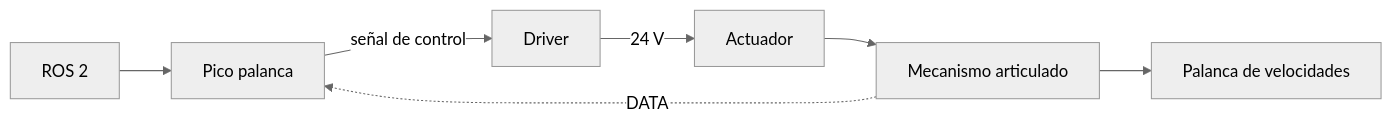
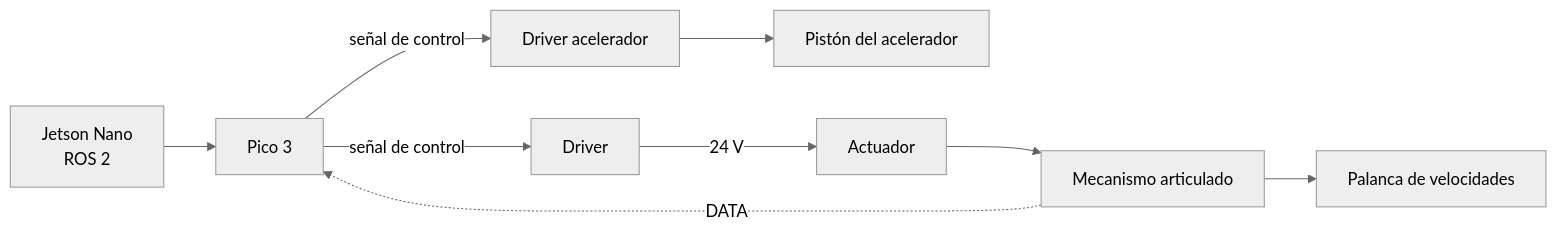
One commit to BrianSimpson01/Agrotecnologias-abiertas-para-mexico- changed the diagram in docs/palanca.md. Above: the diagram before and after it, drawn with Mermaid (neutral theme). The commit also changed other lines of this file and 6 other files, not shown here.

Commit message:
Corregir arquitectura: Picos y Jetson Nano

````diff
--- a/docs/palanca.md
+++ b/docs/palanca.md
@@ -13,9 +13,11 @@
 ```mermaid
 flowchart LR
-    ROS[ROS 2] --> PICO[Pico palanca]
+    ROS[Jetson Nano<br/>ROS 2] --> PICO[Pico 3]
+    PICO -->|señal de control| DRVA[Driver acelerador]
+    DRVA --> ACEL[Pistón del acelerador]
     PICO -->|señal de control| DRV[Driver]
     DRV -->|24 V| ACT[Actuador]
     ACT --> MEC[Mecanismo articulado]
     MEC --> PAL[Palanca de velocidades]
     MEC -. DATA .-> PICO
 ```
````
